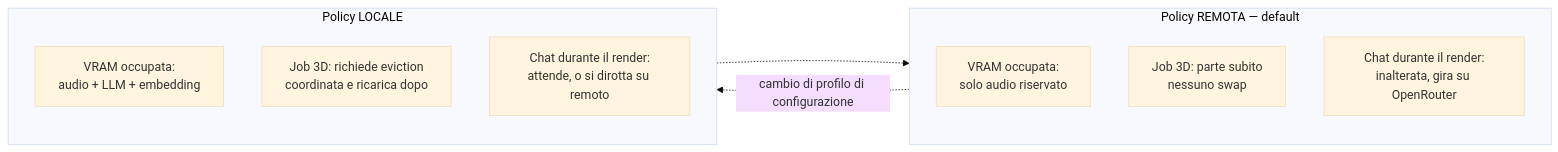
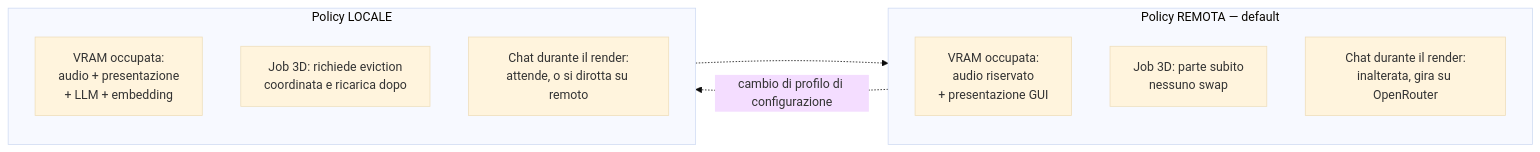
The second of 2 diagrams in docs/design/02-arbitrato-gpu.md (devfrx/daemon), drawn with Mermaid (base theme) before and after one commit. The commit also changed other lines of this file and 12 other files, not shown here.

````diff
--- a/docs/design/02-arbitrato-gpu.md
+++ b/docs/design/02-arbitrato-gpu.md
@@ -126,17 +156,17 @@
 ```mermaid
 flowchart LR
     subgraph R["Policy REMOTA — default"]
         direction TB
-        r1["VRAM occupata:<br/>solo audio riservato"]
+        r1["VRAM occupata:<br/>audio riservato<br/>+ presentazione GUI"]
         r2["Job 3D: parte subito<br/>nessuno swap"]
         r3["Chat durante il render:<br/>inalterata, gira su OpenRouter"]
     end
     subgraph L["Policy LOCALE"]
         direction TB
-        l1["VRAM occupata:<br/>audio + LLM + embedding"]
+        l1["VRAM occupata:<br/>audio + presentazione<br/>+ LLM + embedding"]
         l2["Job 3D: richiede eviction<br/>coordinata e ricarica dopo"]
         l3["Chat durante il render:<br/>attende, o si dirotta su remoto"]
     end
     R -.->|"cambio di profilo di configurazione"| L
     L -.-> R
 ```
````
